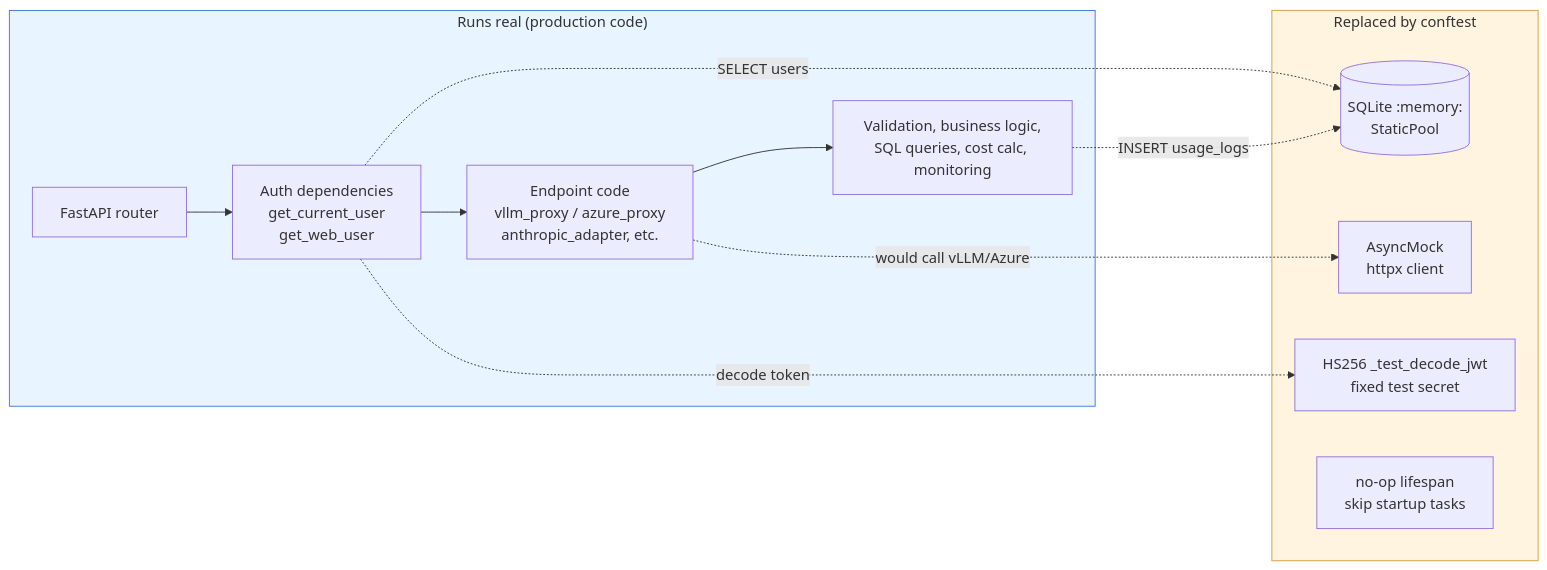
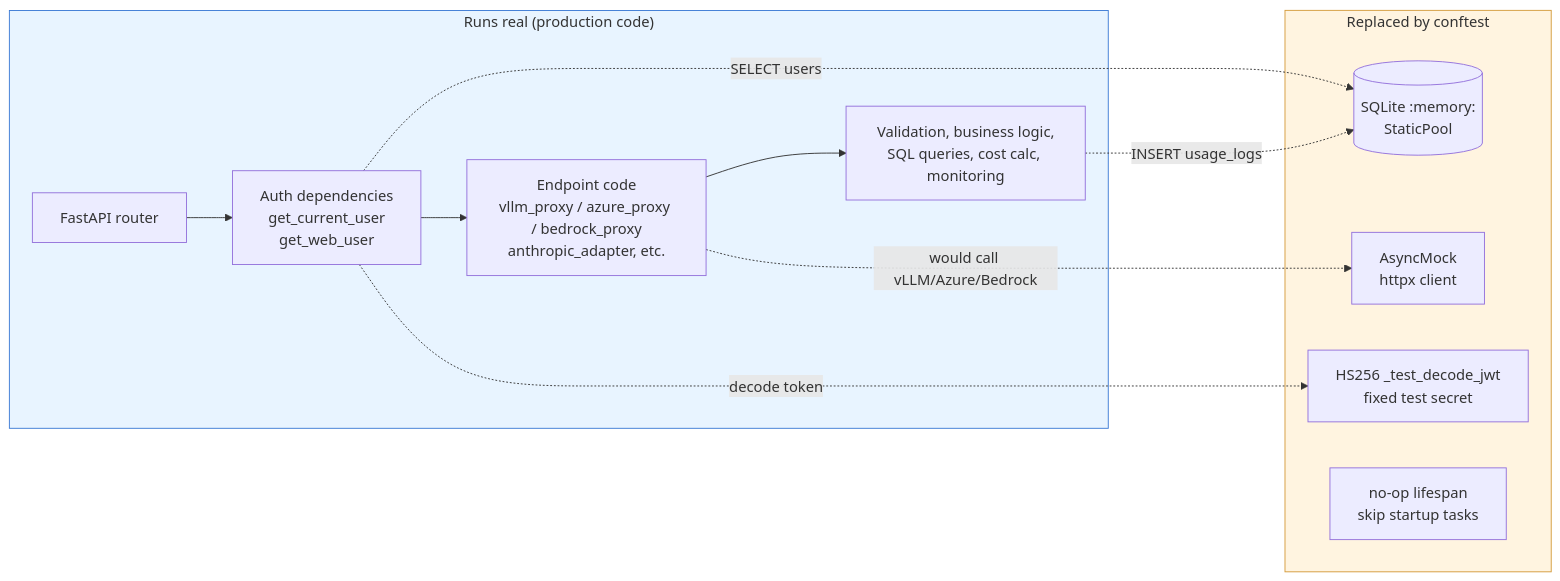
Before and after one commit to bwinken/llm-gateway: the first of 2 diagrams in tests/README.md, drawn with Mermaid. The commit also changed other lines of this file and 6 other files, not shown here.

````diff
--- a/tests/README.md
+++ b/tests/README.md
@@ -27,25 +28,25 @@
 ```mermaid
 flowchart LR
     subgraph Real["Runs real (production code)"]
         R[FastAPI router]
         DEP[Auth dependencies<br/>get_current_user<br/>get_web_user]
-        EP[Endpoint code<br/>vllm_proxy / azure_proxy<br/>anthropic_adapter, etc.]
+        EP[Endpoint code<br/>vllm_proxy / azure_proxy / bedrock_proxy<br/>anthropic_adapter, etc.]
         VAL[Validation, business logic,<br/>SQL queries, cost calc, monitoring]
     end
 
     subgraph Mock["Replaced by conftest"]
         DB[(SQLite :memory:<br/>StaticPool)]
         HX[AsyncMock<br/>httpx client]
         JWT[HS256 _test_decode_jwt<br/>fixed test secret]
         LIFE[no-op lifespan<br/>skip startup tasks]
     end
 
     R --> DEP --> EP --> VAL
     DEP -.SELECT users.-> DB
     DEP -.decode token.-> JWT
-    EP -.would call vLLM/Azure.-> HX
+    EP -.would call vLLM/Azure/Bedrock.-> HX
     VAL -.INSERT usage_logs.-> DB
 
     style Real fill:#e8f4ff,stroke:#3a7ad4
     style Mock fill:#fff4e0,stroke:#d49a3a
 ```
````
